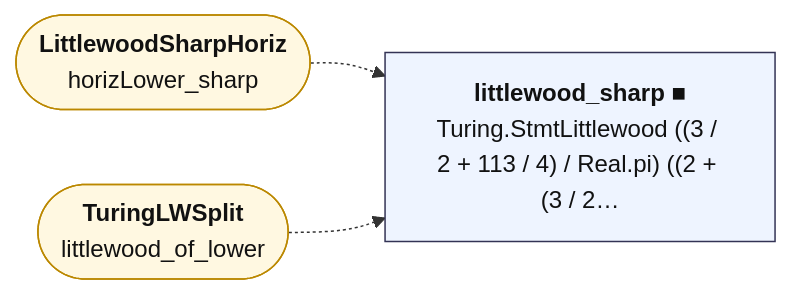
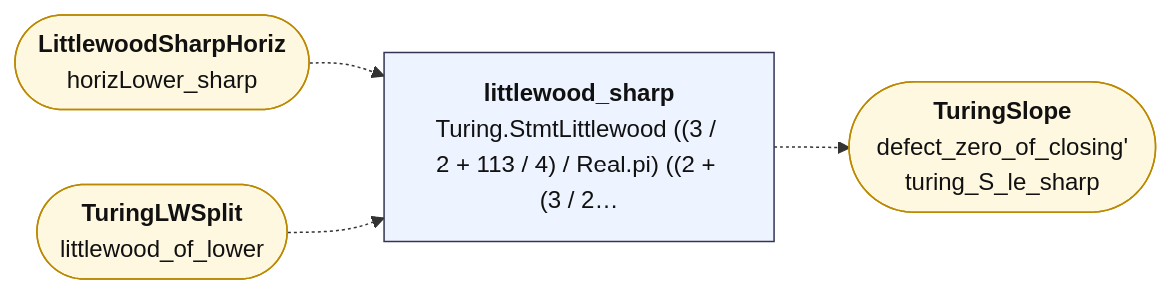
The diagram in map/lean_stage3/LittlewoodSharp.md (juliansambranojr/Primebeat_081426), drawn with Mermaid before and after one commit. The commit also changed other lines of this file and 33 other files, not shown here.

````diff
--- a/map/lean_stage3/LittlewoodSharp.md
+++ b/map/lean_stage3/LittlewoodSharp.md
@@ -14,16 +14,18 @@
 ```mermaid
 flowchart LR
-  n0["<b>littlewood_sharp ■</b><br/>Turing.StmtLittlewood ((3 / 2 + 113 / 4) / Real.pi) ((2 + (3 / 2…"]:::thm
+  n0["<b>littlewood_sharp</b><br/>Turing.StmtLittlewood ((3 / 2 + 113 / 4) / Real.pi) ((2 + (3 / 2…"]:::thm
   x0(["<b>LittlewoodSharpHoriz</b><br/>horizLower_sharp"]):::ext
   x1(["<b>TuringLWSplit</b><br/>littlewood_of_lower"]):::ext
+  x2(["<b>TuringSlope</b><br/>defect_zero_of_closing'<br/>turing_S_le_sharp"]):::ext
+  n0 -.-> x2
   x0 -.-> n0
   x1 -.-> n0
   classDef cnt fill:#dff5ec,stroke:#17694a,color:#111
   classDef shp fill:#f1ecfb,stroke:#5b3fa0,color:#111
   classDef rh fill:#ffe5e5,stroke:#c22,color:#111,stroke-width:2px
   classDef thm fill:#eef4ff,stroke:#335,color:#111
   classDef end_ fill:#e7f7e7,stroke:#2a7,color:#111,stroke-width:2px
   classDef lone fill:#fff,stroke:#999,color:#111,stroke-dasharray:4 3
   classDef bad fill:#ffe5e5,stroke:#c22,color:#111,stroke-width:2px
   classDef ext fill:#fff8e1,stroke:#b80,color:#111
 ```
````
